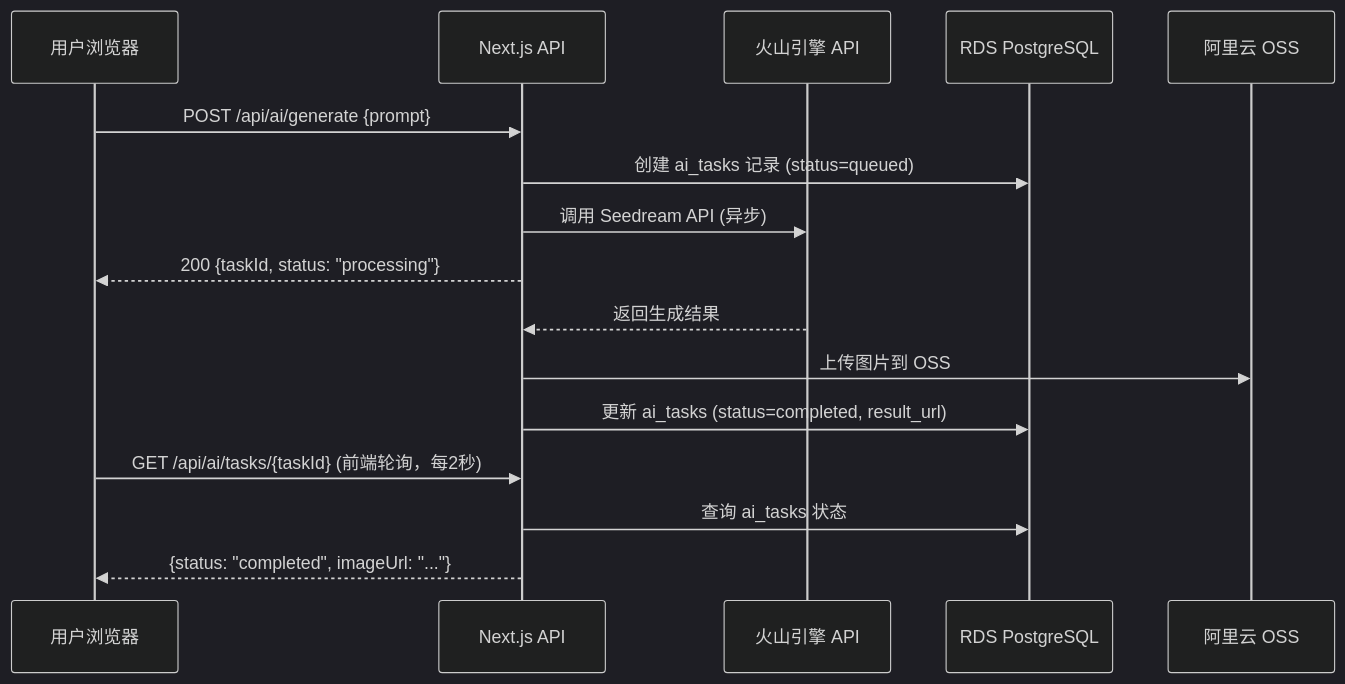
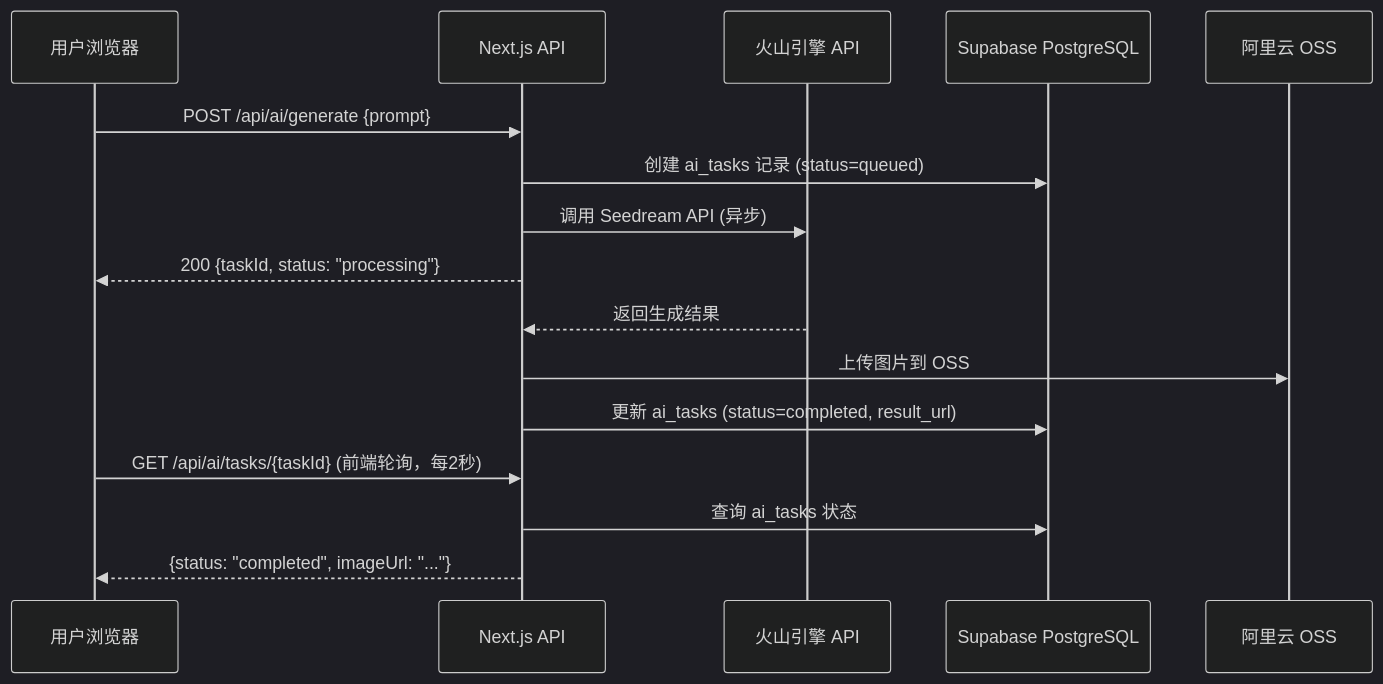
The third of 13 diagrams in docs/湖北纹案-具体技术架构规划.md (AIMFllys/HBPattern), drawn with Mermaid (dark theme) before and after one commit. The commit also changed other lines of this file and 1 other file, not shown here.

Commit message:
docs: Deeply review and replace Aliyun RDS with Supabase across all architecture docs

````diff
--- a/docs/湖北纹案-具体技术架构规划.md
+++ b/docs/湖北纹案-具体技术架构规划.md
@@ -333,19 +333,19 @@
 ```mermaid
 sequenceDiagram
     participant U as 用户浏览器
     participant N as Next.js API
     participant V as 火山引擎 API
-    participant DB as RDS PostgreSQL
+    participant DB as Supabase PostgreSQL
     participant S as 阿里云 OSS
 
     U->>N: POST /api/ai/generate {prompt}
     N->>DB: 创建 ai_tasks 记录 (status=queued)
     N->>V: 调用 Seedream API (异步)
     N-->>U: 200 {taskId, status: "processing"}
     V-->>N: 返回生成结果
     N->>S: 上传图片到 OSS
     N->>DB: 更新 ai_tasks (status=completed, result_url)
     U->>N: GET /api/ai/tasks/{taskId} (前端轮询，每2秒)
     N->>DB: 查询 ai_tasks 状态
     N-->>U: {status: "completed", imageUrl: "..."}
 ```
````
